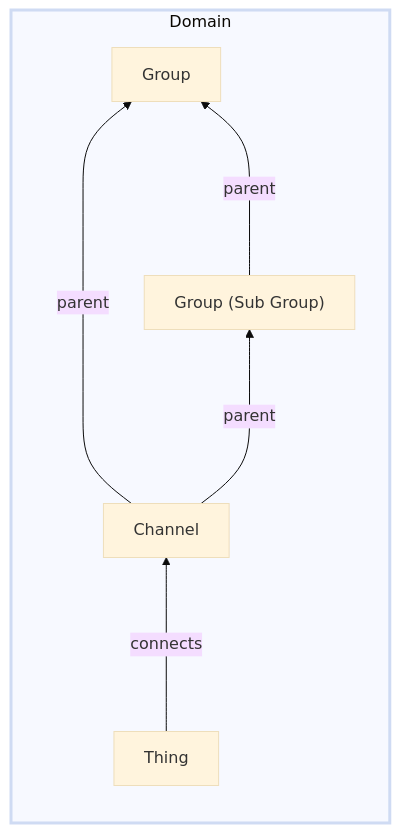
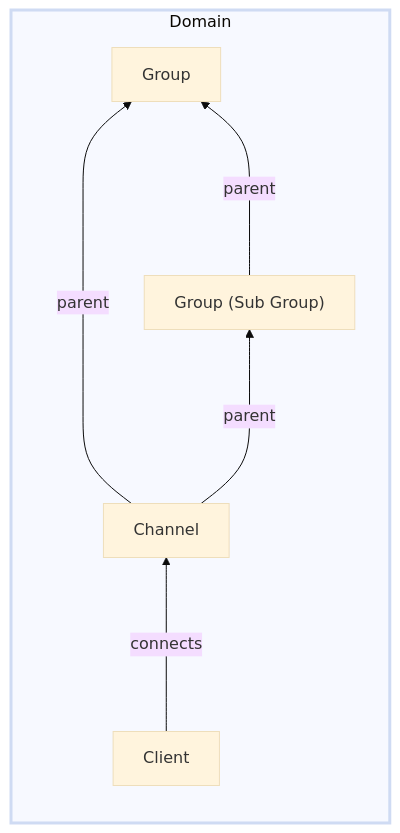
The second of 8 diagrams in docs/dev-guide/authorization.md (absmach/magistrala-docs), drawn with Mermaid (base theme) before and after one commit. The commit also changed other lines of this file and 24 other files, not shown here.

````diff
--- a/docs/dev-guide/authorization.md
+++ b/docs/dev-guide/authorization.md
@@ -33,16 +33,16 @@
 ```mermaid
 graph
    subgraph Domain
       direction BT
       Gr[Group]
-      Th[Thing]
+      Th[Client]
       SG["Group (Sub Group)"]
       Ch[Channel]
 
       Th --->|connects| Ch
       Ch --->|parent| SG
       Ch --->|parent| Gr
       SG --->|parent| Gr
    end
 style Domain stroke-width:3px,margin-top:10px,margin-bottom:10px
 ```
````
